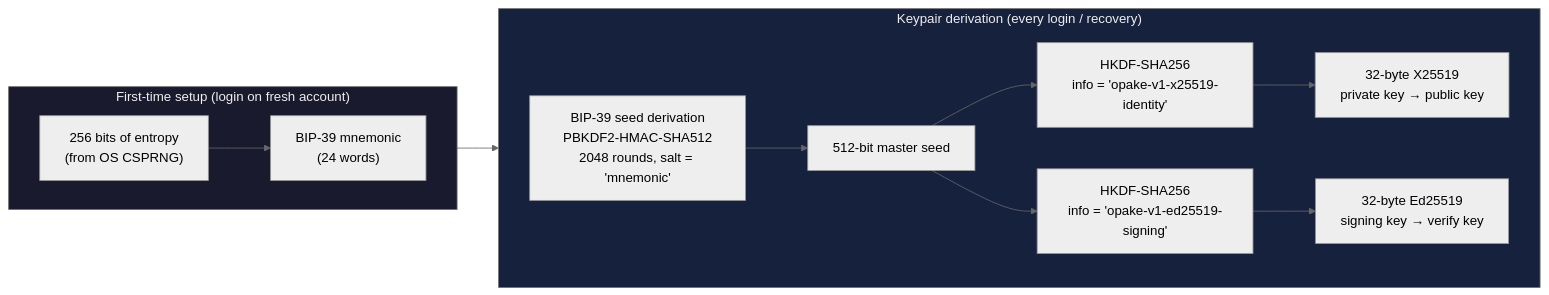
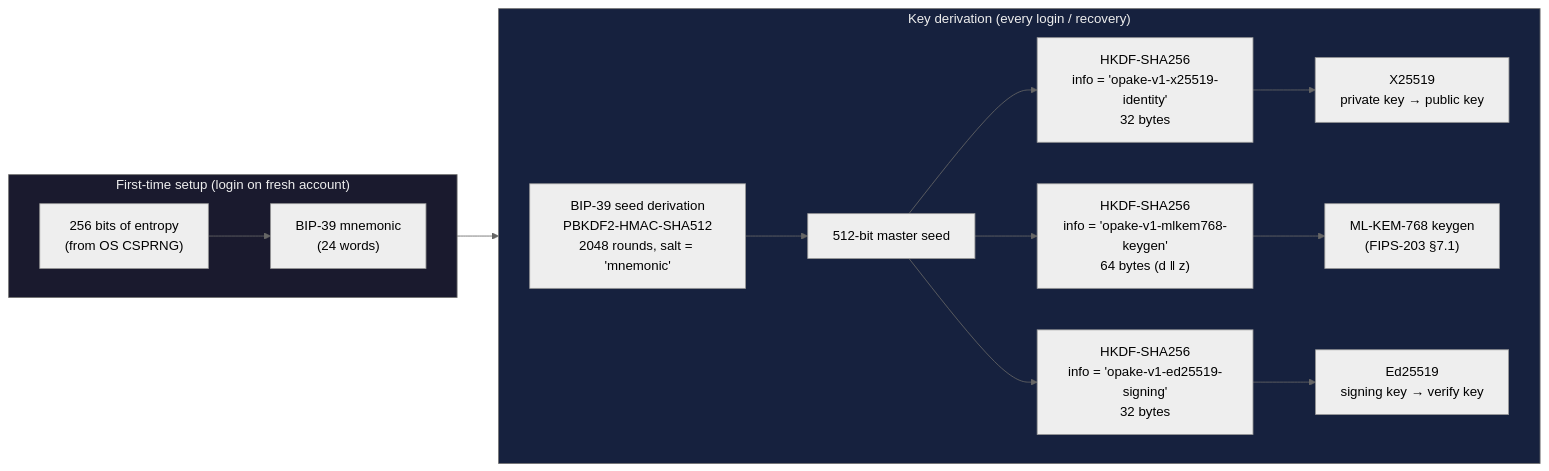
Before and after one commit to Sans-Self/Opake: the first of 3 diagrams in docs/flows/seed-phrase-recovery.md, drawn with Mermaid (neutral theme). The commit also changed other lines of this file and 35 other files, not shown here.

````diff
--- a/docs/flows/seed-phrase-recovery.md
+++ b/docs/flows/seed-phrase-recovery.md
@@ -9,21 +9,23 @@
 ```mermaid
 flowchart LR
     subgraph Generate ["First-time setup (login on fresh account)"]
         direction LR
         Entropy["256 bits of entropy<br/>(from OS CSPRNG)"] --> Mnemonic
         Mnemonic["BIP-39 mnemonic<br/>(24 words)"]
     end
 
-    subgraph Derive ["Keypair derivation (every login / recovery)"]
+    subgraph Derive ["Key derivation (every login / recovery)"]
         direction LR
         Mnemonic --> PBKDF["BIP-39 seed derivation<br/>PBKDF2-HMAC-SHA512<br/>2048 rounds, salt = 'mnemonic'"]
         PBKDF --> Seed["512-bit master seed"]
-        Seed --> HKDFX["HKDF-SHA256<br/>info = 'opake-v1-x25519-identity'"]
-        Seed --> HKDFE["HKDF-SHA256<br/>info = 'opake-v1-ed25519-signing'"]
-        HKDFX --> X25519["32-byte X25519<br/>private key → public key"]
-        HKDFE --> Ed25519["32-byte Ed25519<br/>signing key → verify key"]
+        Seed --> HKDFX["HKDF-SHA256<br/>info = 'opake-v1-x25519-identity'<br/>32 bytes"]
+        Seed --> HKDFM["HKDF-SHA256<br/>info = 'opake-v1-mlkem768-keygen'<br/>64 bytes (d ‖ z)"]
+        Seed --> HKDFE["HKDF-SHA256<br/>info = 'opake-v1-ed25519-signing'<br/>32 bytes"]
+        HKDFX --> X25519["X25519<br/>private key → public key"]
+        HKDFM --> MLKEM["ML-KEM-768 keygen<br/>(FIPS-203 §7.1)"]
+        HKDFE --> Ed25519["Ed25519<br/>signing key → verify key"]
     end
 
     style Generate fill:#1a1a2e,color:#eee
     style Derive fill:#16213e,color:#eee
 ```
````
